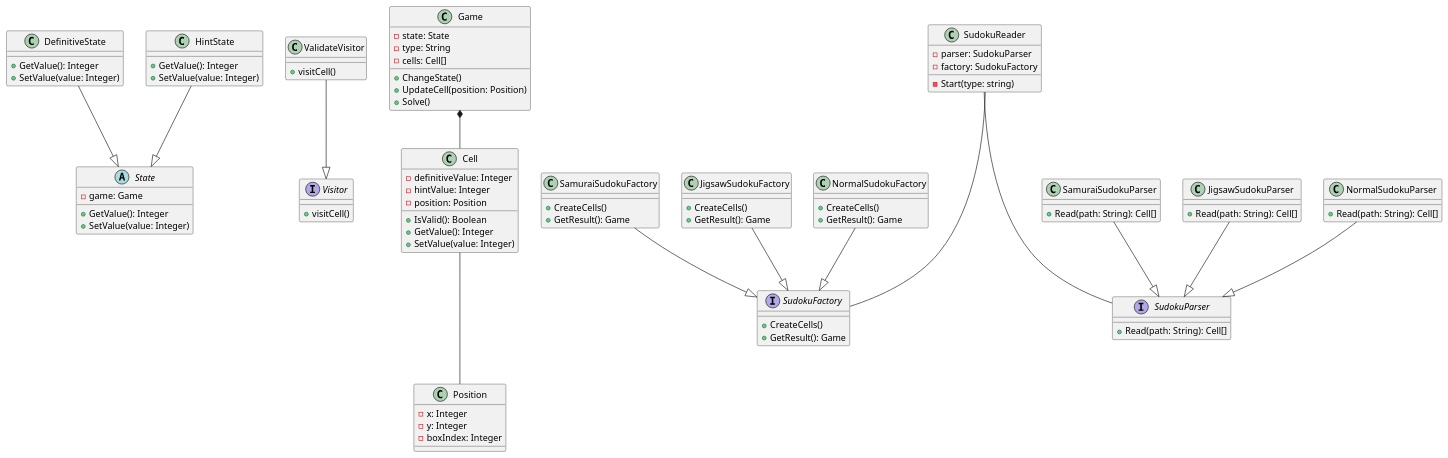
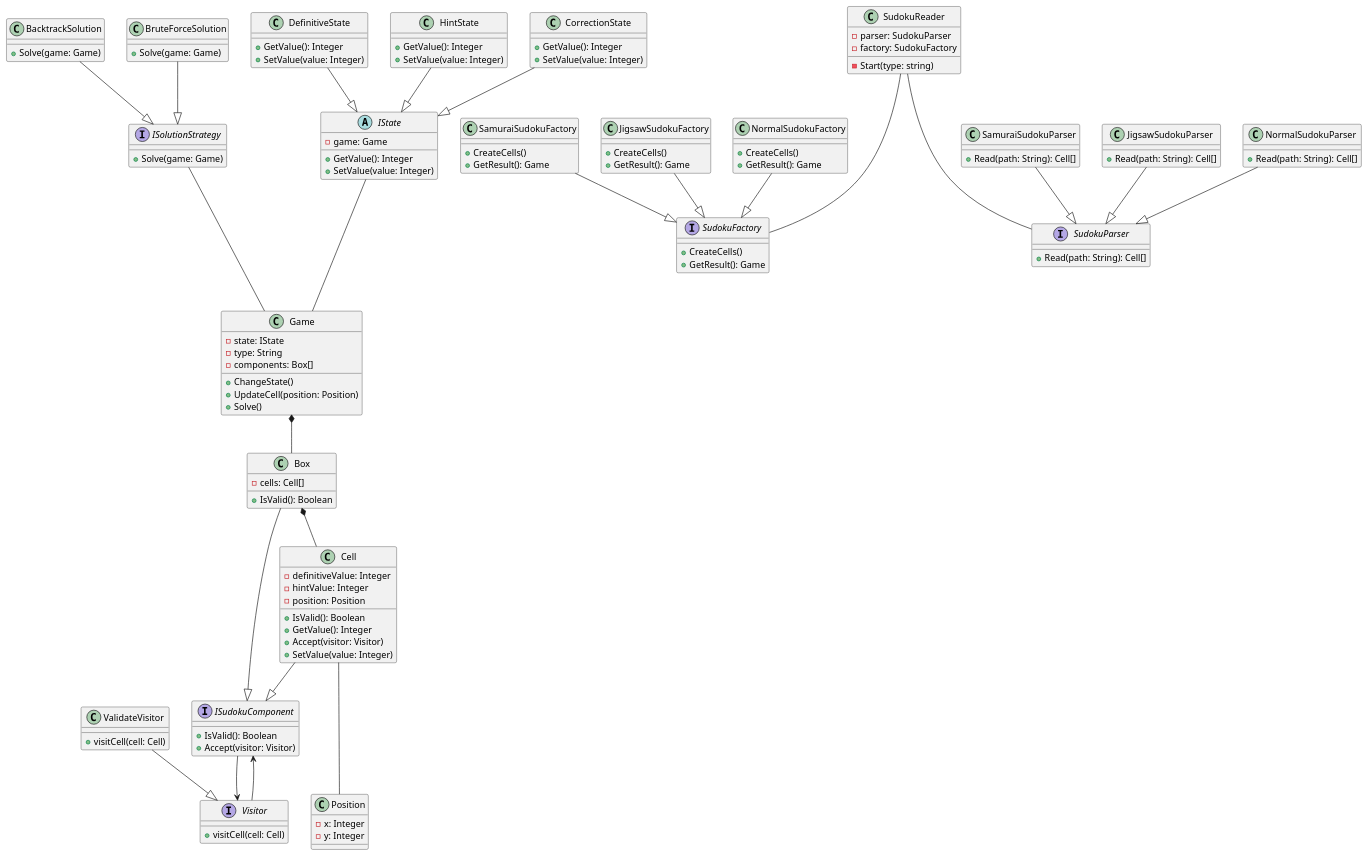
Before and after one commit to gillescoolen/sudoku: the diagram in Sudoku.Documentation/sudoku.puml, drawn with PlantUML. The commit also changed 1 other file, not shown here.

```diff
--- a/Sudoku.Documentation/sudoku.puml
+++ b/Sudoku.Documentation/sudoku.puml
@@ -1,116 +1,156 @@
 @startuml sudoku
 
 ' State Pattern '
-abstract State {
-    - game: Game
-    + GetValue(): Integer
-    + SetValue(value: Integer)
+abstract IState {
+  - game: Game
+  + GetValue(): Integer
+  + SetValue(value: Integer)
 }
 
 class DefinitiveState {
   + GetValue(): Integer
   + SetValue(value: Integer)
 }
 
 class HintState {
   + GetValue(): Integer
   + SetValue(value: Integer)
 }
 
+class CorrectionState {
+  + GetValue(): Integer
+  + SetValue(value: Integer)
+}
+
 ' Visitor Pattern '
 interface Visitor {
-  + visitCell()
+  + visitCell(cell: Cell)
 }
 
 class ValidateVisitor {
-  + visitCell()
+  + visitCell(cell: Cell)
 }
 
 class Game {
-  - state: State
+  - state: IState
   - type: String
-  - cells: Cell[]
+  - components: Box[]
   + ChangeState()
   + UpdateCell(position: Position)
   + Solve()
+}
+
+interface ISudokuComponent {
+  + IsValid(): Boolean
+  + Accept(visitor: Visitor)
+}
+
+class Box {
+  - cells: Cell[]
+  + IsValid(): Boolean
 }
 
 class Cell {
   - definitiveValue: Integer
   - hintValue: Integer
   - position: Position
   + IsValid(): Boolean
   + GetValue(): Integer
+  + Accept(visitor: Visitor)
   + SetValue(value: Integer)
 }
 
 class Position {
   - x: Integer
   - y: Integer
-  - boxIndex: Integer
 }
 
 ' Factory and Factory Pattern '
 interface SudokuFactory {
   + CreateCells()
   + GetResult(): Game
 }
 
 class SamuraiSudokuFactory {
   + CreateCells()
   + GetResult(): Game
 }
 
 class JigsawSudokuFactory {
   + CreateCells()
   + GetResult(): Game
 }
 
 class NormalSudokuFactory {
   + CreateCells()
   + GetResult(): Game
 }
 
 interface SudokuParser {
   + Read(path: String): Cell[]
 }
 
 class SamuraiSudokuParser {
   + Read(path: String): Cell[]
 }
 
 class JigsawSudokuParser {
   + Read(path: String): Cell[]
 }
 
 class NormalSudokuParser {
   + Read(path: String): Cell[]
 }
 
 class SudokuReader {
   - parser: SudokuParser
   - factory: SudokuFactory
   - Start(type: string)
 }
 
+interface ISolutionStrategy {
+  + Solve(game: Game)
+}
+
+class BacktrackSolution {
+  + Solve(game: Game)
+}
+
+class BruteForceSolution {
+  + Solve(game: Game)
+}
+
 ' Relations '
-HintState --|> State
-DefinitiveState --|> State
+HintState --|> IState
+DefinitiveState --|> IState
+CorrectionState --|> IState
+
+BruteForceSolution --|> ISolutionStrategy
+BacktrackSolution --|> ISolutionStrategy
+
+ISolutionStrategy --- Game
+IState --- Game
 
 ValidateVisitor --|> Visitor
 
-Game *-- Cell
+Box --|> ISudokuComponent
+Cell --|> ISudokuComponent
+
+Game *-- Box
+Box *-- Cell
 Cell --- Position
+ISudokuComponent --> Visitor
+ISudokuComponent <-- Visitor
 
 SamuraiSudokuFactory --|> SudokuFactory
 JigsawSudokuFactory --|> SudokuFactory
 NormalSudokuFactory --|> SudokuFactory
 
 SamuraiSudokuParser --|> SudokuParser
 JigsawSudokuParser --|> SudokuParser
 NormalSudokuParser --|> SudokuParser
 
 SudokuReader --- SudokuParser
 SudokuReader --- SudokuFactory
 
 @enduml
```
